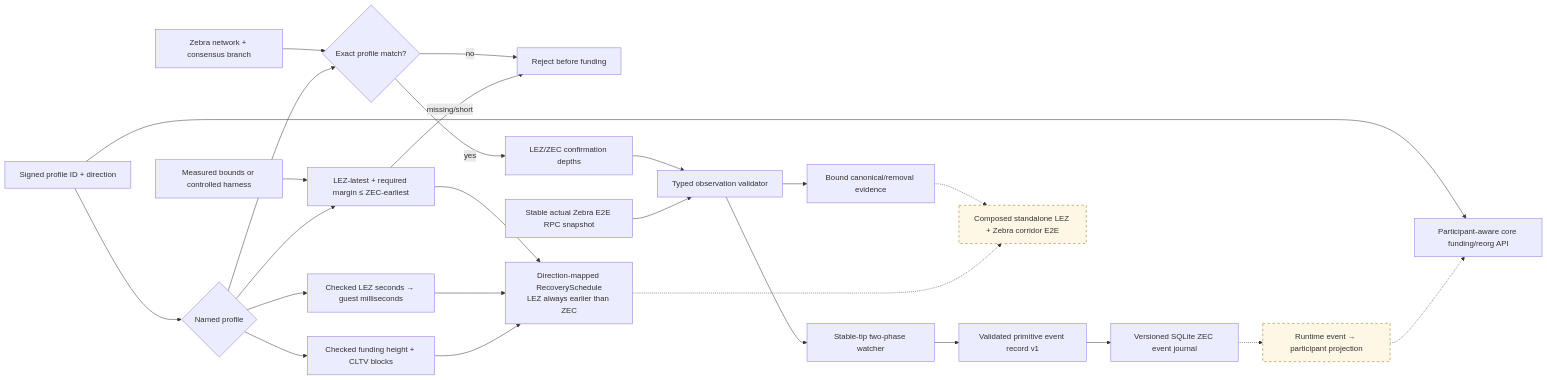
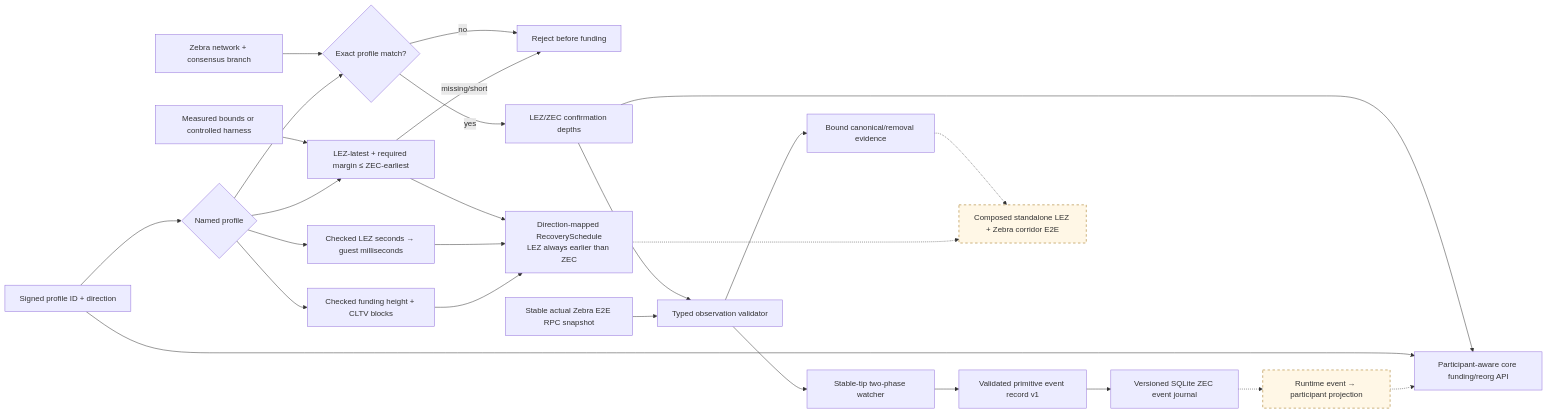
Before and after one commit to gateway-fm/lez-atomic-swaps: the sixth of 9 diagrams in docs/architecture/system-architecture.md, drawn with Mermaid. The commit also changed other lines of this file and 6 other files, not shown here.

````diff
--- a/docs/architecture/system-architecture.md
+++ b/docs/architecture/system-architecture.md
@@ -273,30 +273,31 @@
 ```mermaid
 flowchart LR
     Terms["Signed profile ID + direction"] --> Select{"Named profile"}
     Node["Zebra network + consensus branch"] --> Validate{"Exact profile match?"}
     Select --> Validate
     Validate -->|"no"| Reject["Reject before funding"]
     Validate -->|"yes"| Depths["LEZ/ZEC confirmation depths"]
     Select --> LezDeadline["Checked LEZ seconds → guest milliseconds"]
     Select --> ZecDeadline["Checked funding height + CLTV blocks"]
     Telemetry["Measured bounds or controlled harness"] --> Safety["LEZ-latest + required margin ≤ ZEC-earliest"]
     Select --> Safety
     Safety -->|"missing/short"| Reject
     Safety --> Schedule["Direction-mapped RecoverySchedule<br/>LEZ always earlier than ZEC"]
     Depths --> Validator["Typed observation validator"]
+    Depths --> CoreFunding
     ZebraE2E["Stable actual Zebra E2E RPC snapshot"] --> Validator
     Validator --> Watcher["Stable-tip two-phase watcher"]
     Watcher --> Record["Validated primitive event record v1"]
     Record --> Journal["Versioned SQLite ZEC event journal"]
     Journal -.-> Projection["Runtime event → participant projection"]
     Terms --> CoreFunding["Participant-aware core funding/reorg API"]
     Projection -.-> CoreFunding
     Validator --> Observe["Bound canonical/removal evidence"]
     LezDeadline --> Schedule
     ZecDeadline --> Schedule
     Observe -.-> Composed["Composed standalone LEZ + Zebra corridor E2E"]
     Schedule -.-> Composed
 
     classDef planned stroke-dasharray: 5 5,fill:#fff7e6,stroke:#9a6700;
     class Projection,Composed planned;
 ```
````
